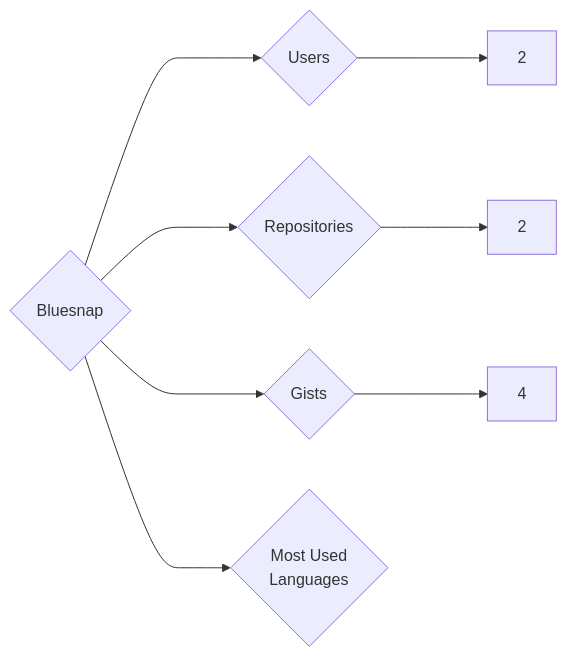
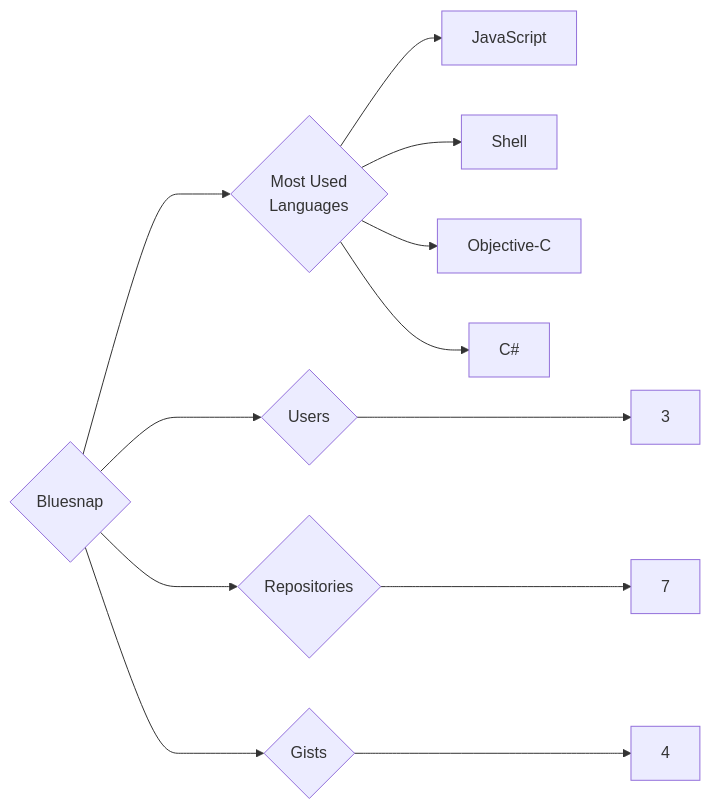
Before and after one commit to trickest/insiders: the diagram in targets/Bluesnap/README.md, drawn with Mermaid. The commit also changed 993 other files, not shown here.

````diff
--- a/targets/Bluesnap/README.md
+++ b/targets/Bluesnap/README.md
@@ -3,8 +3,12 @@
 ```mermaid
 graph LR
 COMPANY_NAME{Bluesnap}
-COMPANY_NAME ---> U{Users} ---> UN[2]
-COMPANY_NAME ---> R{Repositories} ---> RN[2]
+COMPANY_NAME ---> U{Users} ---> UN[3]
+COMPANY_NAME ---> R{Repositories} ---> RN[7]
 COMPANY_NAME ---> G{Gists} ---> GN[4]
 COMPANY_NAME ---> ML{Most Used<br>Languages}
+ML --> JavaScript[JavaScript]
+ML --> Shell[Shell]
+ML --> Objective-C[Objective-C]
+ML --> C#[C#]
 ```
````
